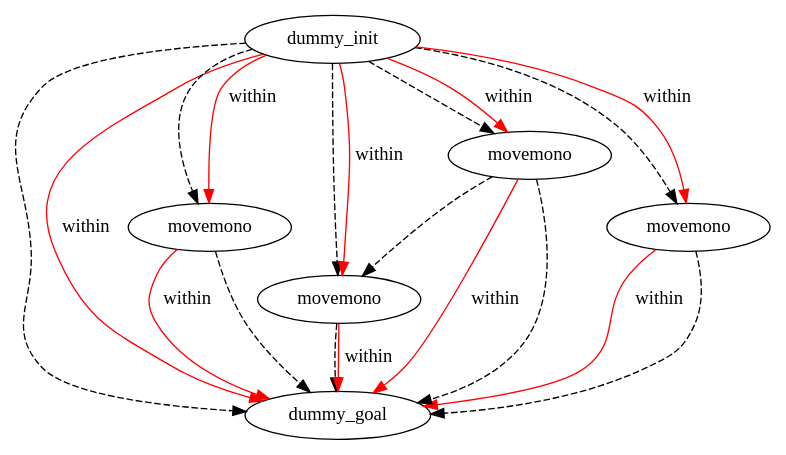
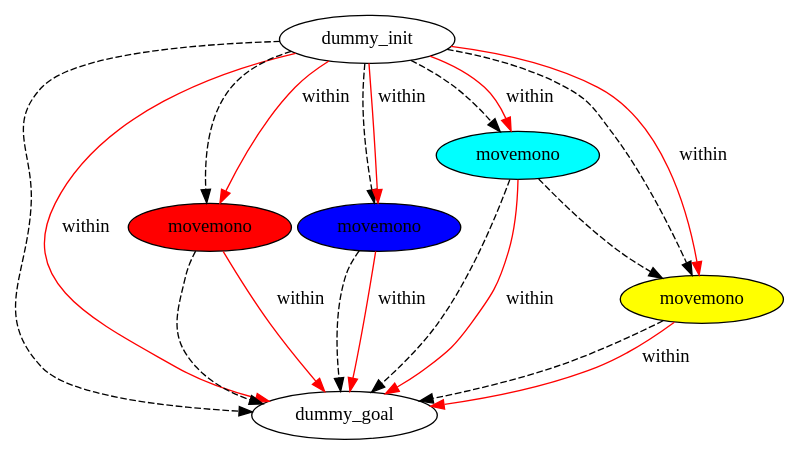
One commit to PetervDooren/PyDPOCL changed the diagram in plans/manipulation-domain/test_59_problem-plan_0.dot. Above: the diagram before and after it, drawn with Graphviz. The commit also changed 582 other files, not shown here.

```diff
--- a/plans/manipulation-domain/test_59_problem-plan_0.dot
+++ b/plans/manipulation-domain/test_59_problem-plan_0.dot
@@ -1,27 +1,27 @@
 digraph {
-	"bee29322-6dde-34ba-87c5-bee24e1ca997" [label=dummy_init]
-	"ec6d74fb-4f72-a784-bfd2-b1958664c916" [label=dummy_goal]
-	"6cf000d1-396f-c7c5-6148-63ffb8e836a3" [label=movemono]
-	"c0e66894-c541-4918-e302-0848ef4ca0e9" [label=movemono]
-	"f511d457-e34c-b174-01ee-0e9ebaae13ec" [label=movemono]
-	"2019729e-56f8-32d2-8ec5-618db3cd0790" [label=movemono]
-	"2019729e-56f8-32d2-8ec5-618db3cd0790" -> "c0e66894-c541-4918-e302-0848ef4ca0e9" [color=black style=dashed]
-	"bee29322-6dde-34ba-87c5-bee24e1ca997" -> "ec6d74fb-4f72-a784-bfd2-b1958664c916" [color=black style=dashed]
-	"6cf000d1-396f-c7c5-6148-63ffb8e836a3" -> "ec6d74fb-4f72-a784-bfd2-b1958664c916" [color=black style=dashed]
-	"f511d457-e34c-b174-01ee-0e9ebaae13ec" -> "ec6d74fb-4f72-a784-bfd2-b1958664c916" [color=black style=dashed]
-	"bee29322-6dde-34ba-87c5-bee24e1ca997" -> "6cf000d1-396f-c7c5-6148-63ffb8e836a3" [color=black style=dashed]
-	"bee29322-6dde-34ba-87c5-bee24e1ca997" -> "c0e66894-c541-4918-e302-0848ef4ca0e9" [color=black style=dashed]
-	"2019729e-56f8-32d2-8ec5-618db3cd0790" -> "ec6d74fb-4f72-a784-bfd2-b1958664c916" [color=black style=dashed]
-	"bee29322-6dde-34ba-87c5-bee24e1ca997" -> "2019729e-56f8-32d2-8ec5-618db3cd0790" [color=black style=dashed]
-	"c0e66894-c541-4918-e302-0848ef4ca0e9" -> "ec6d74fb-4f72-a784-bfd2-b1958664c916" [color=black style=dashed]
-	"bee29322-6dde-34ba-87c5-bee24e1ca997" -> "f511d457-e34c-b174-01ee-0e9ebaae13ec" [color=black style=dashed]
-	"bee29322-6dde-34ba-87c5-bee24e1ca997" -> "f511d457-e34c-b174-01ee-0e9ebaae13ec" [label=within color=red]
-	"2019729e-56f8-32d2-8ec5-618db3cd0790" -> "ec6d74fb-4f72-a784-bfd2-b1958664c916" [label=within color=red]
-	"bee29322-6dde-34ba-87c5-bee24e1ca997" -> "6cf000d1-396f-c7c5-6148-63ffb8e836a3" [label=within color=red]
-	"c0e66894-c541-4918-e302-0848ef4ca0e9" -> "ec6d74fb-4f72-a784-bfd2-b1958664c916" [label=within color=red]
-	"bee29322-6dde-34ba-87c5-bee24e1ca997" -> "2019729e-56f8-32d2-8ec5-618db3cd0790" [label=within color=red]
-	"f511d457-e34c-b174-01ee-0e9ebaae13ec" -> "ec6d74fb-4f72-a784-bfd2-b1958664c916" [label=within color=red]
-	"bee29322-6dde-34ba-87c5-bee24e1ca997" -> "c0e66894-c541-4918-e302-0848ef4ca0e9" [label=within color=red]
-	"6cf000d1-396f-c7c5-6148-63ffb8e836a3" -> "ec6d74fb-4f72-a784-bfd2-b1958664c916" [label=within color=red]
-	"bee29322-6dde-34ba-87c5-bee24e1ca997" -> "ec6d74fb-4f72-a784-bfd2-b1958664c916" [label=within color=red]
+	"8924098b-f98b-0c16-04b0-85fe50f16ace" [label=dummy_init fillcolor=white style=filled]
+	"976269f6-2818-6b53-fd66-a38474e1707e" [label=dummy_goal fillcolor=white style=filled]
+	"2a1c0792-0940-368d-2b7a-88bb89bbadc2" [label=movemono fillcolor=red style=filled]
+	"5c950715-5582-672f-1e41-c671c646f0af" [label=movemono fillcolor=blue style=filled]
+	"893bfffd-a696-929f-e96f-56de81990edd" [label=movemono fillcolor=cyan style=filled]
+	"f80f27a7-e630-7c72-7558-eba1a959cea0" [label=movemono fillcolor=yellow style=filled]
+	"893bfffd-a696-929f-e96f-56de81990edd" -> "f80f27a7-e630-7c72-7558-eba1a959cea0" [color=black style=dashed]
+	"8924098b-f98b-0c16-04b0-85fe50f16ace" -> "976269f6-2818-6b53-fd66-a38474e1707e" [color=black style=dashed]
+	"893bfffd-a696-929f-e96f-56de81990edd" -> "976269f6-2818-6b53-fd66-a38474e1707e" [color=black style=dashed]
+	"5c950715-5582-672f-1e41-c671c646f0af" -> "976269f6-2818-6b53-fd66-a38474e1707e" [color=black style=dashed]
+	"8924098b-f98b-0c16-04b0-85fe50f16ace" -> "5c950715-5582-672f-1e41-c671c646f0af" [color=black style=dashed]
+	"8924098b-f98b-0c16-04b0-85fe50f16ace" -> "893bfffd-a696-929f-e96f-56de81990edd" [color=black style=dashed]
+	"8924098b-f98b-0c16-04b0-85fe50f16ace" -> "f80f27a7-e630-7c72-7558-eba1a959cea0" [color=black style=dashed]
+	"f80f27a7-e630-7c72-7558-eba1a959cea0" -> "976269f6-2818-6b53-fd66-a38474e1707e" [color=black style=dashed]
+	"8924098b-f98b-0c16-04b0-85fe50f16ace" -> "2a1c0792-0940-368d-2b7a-88bb89bbadc2" [color=black style=dashed]
+	"2a1c0792-0940-368d-2b7a-88bb89bbadc2" -> "976269f6-2818-6b53-fd66-a38474e1707e" [color=black style=dashed]
+	"2a1c0792-0940-368d-2b7a-88bb89bbadc2" -> "976269f6-2818-6b53-fd66-a38474e1707e" [label=within color=red]
+	"8924098b-f98b-0c16-04b0-85fe50f16ace" -> "2a1c0792-0940-368d-2b7a-88bb89bbadc2" [label=within color=red]
+	"8924098b-f98b-0c16-04b0-85fe50f16ace" -> "5c950715-5582-672f-1e41-c671c646f0af" [label=within color=red]
+	"8924098b-f98b-0c16-04b0-85fe50f16ace" -> "f80f27a7-e630-7c72-7558-eba1a959cea0" [label=within color=red]
+	"5c950715-5582-672f-1e41-c671c646f0af" -> "976269f6-2818-6b53-fd66-a38474e1707e" [label=within color=red]
+	"f80f27a7-e630-7c72-7558-eba1a959cea0" -> "976269f6-2818-6b53-fd66-a38474e1707e" [label=within color=red]
+	"893bfffd-a696-929f-e96f-56de81990edd" -> "976269f6-2818-6b53-fd66-a38474e1707e" [label=within color=red]
+	"8924098b-f98b-0c16-04b0-85fe50f16ace" -> "976269f6-2818-6b53-fd66-a38474e1707e" [label=within color=red]
+	"8924098b-f98b-0c16-04b0-85fe50f16ace" -> "893bfffd-a696-929f-e96f-56de81990edd" [label=within color=red]
 }
```
